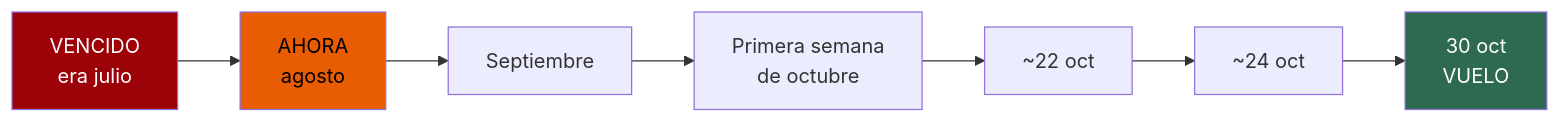
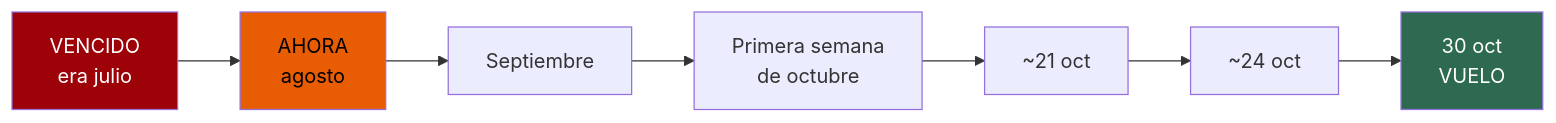
Before and after one commit to morandeirachema/namibia: the second of 5 diagrams in 04-guia-preparacion.md, drawn with Mermaid. The commit also changed other lines of this file and 20 other files, not shown here.

````diff
--- a/04-guia-preparacion.md
+++ b/04-guia-preparacion.md
@@ -64,10 +64,10 @@
 ```mermaid
 flowchart LR
 %% ancho
     J["VENCIDO<br/>era julio"] --> A["AHORA<br/>agosto"] --> S["Septiembre"]
-    S --> O1["Primera semana<br/>de octubre"] --> O2["~22 oct"] --> O3["~24 oct"]
+    S --> O1["Primera semana<br/>de octubre"] --> O2["~21 oct"] --> O3["~24 oct"]
     O3 --> F["30 oct<br/>VUELO"]
     style J fill:#9d0208,color:#fff
     style A fill:#e85d04,color:#000
     style F fill:#2d6a4f,color:#fff
 ```
````
